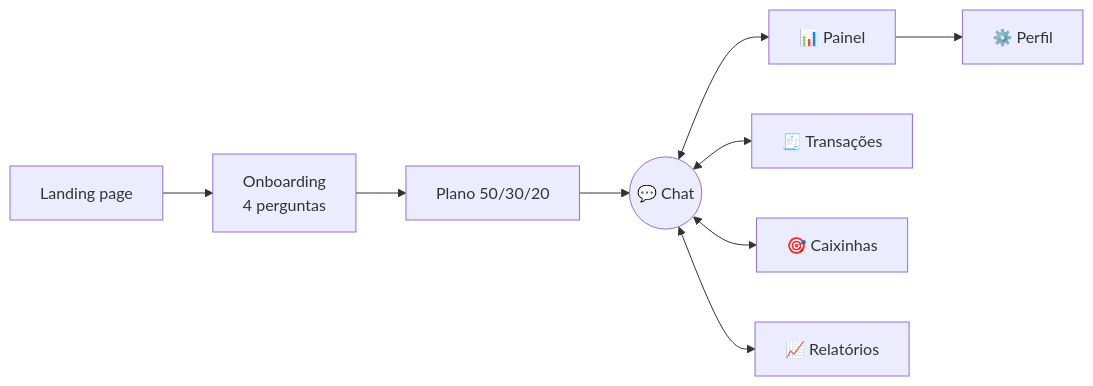
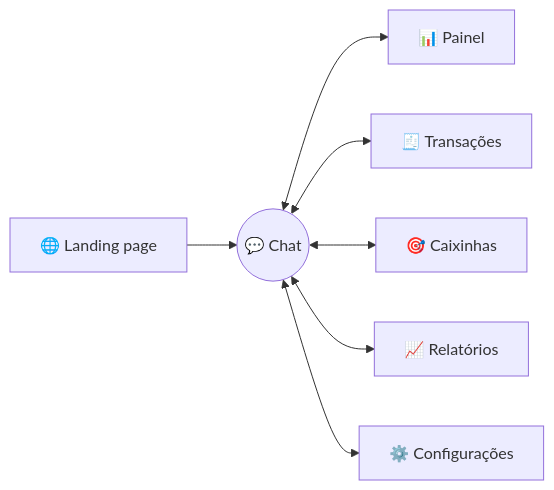
One commit to DLTechSup/dio-lab-vibe-coding-app-financas changed the second of 4 diagrams in README.md. Above: the diagram before and after it, drawn with Mermaid. The commit also changed other lines of this file, not shown here.

````diff
--- a/README.md
+++ b/README.md
@@ -148,11 +187,9 @@
 ```mermaid
 flowchart LR
-    A[Landing page] --> O[Onboarding<br/>4 perguntas]
-    O --> P[Plano 50/30/20]
-    P --> CH((💬 Chat))
+    A[🌐 Landing page] --> CH((💬 Chat))
     CH <--> PA[📊 Painel]
     CH <--> TR[🧾 Transações]
     CH <--> CX[🎯 Caixinhas]
     CH <--> RE[📈 Relatórios]
-    PA --> PF[⚙️ Perfil]
+    CH <--> CF[⚙️ Configurações]
 ```
````
